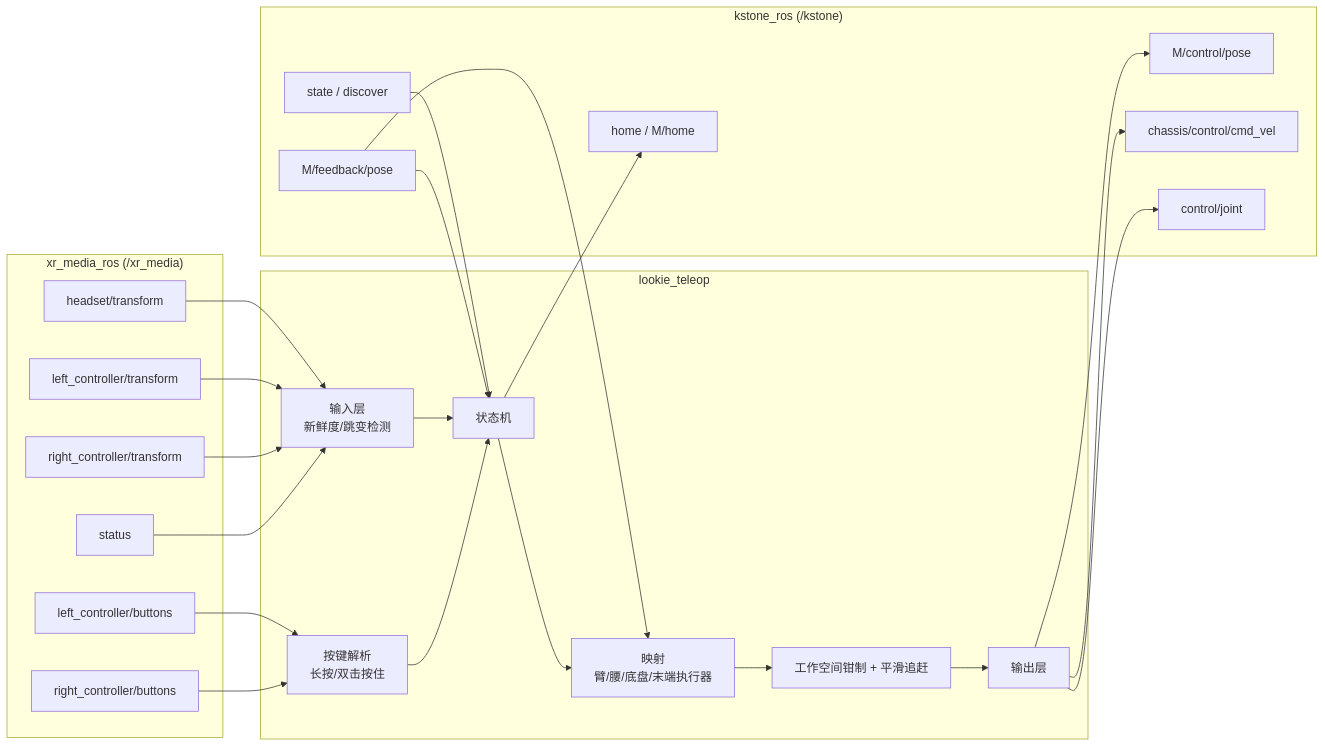
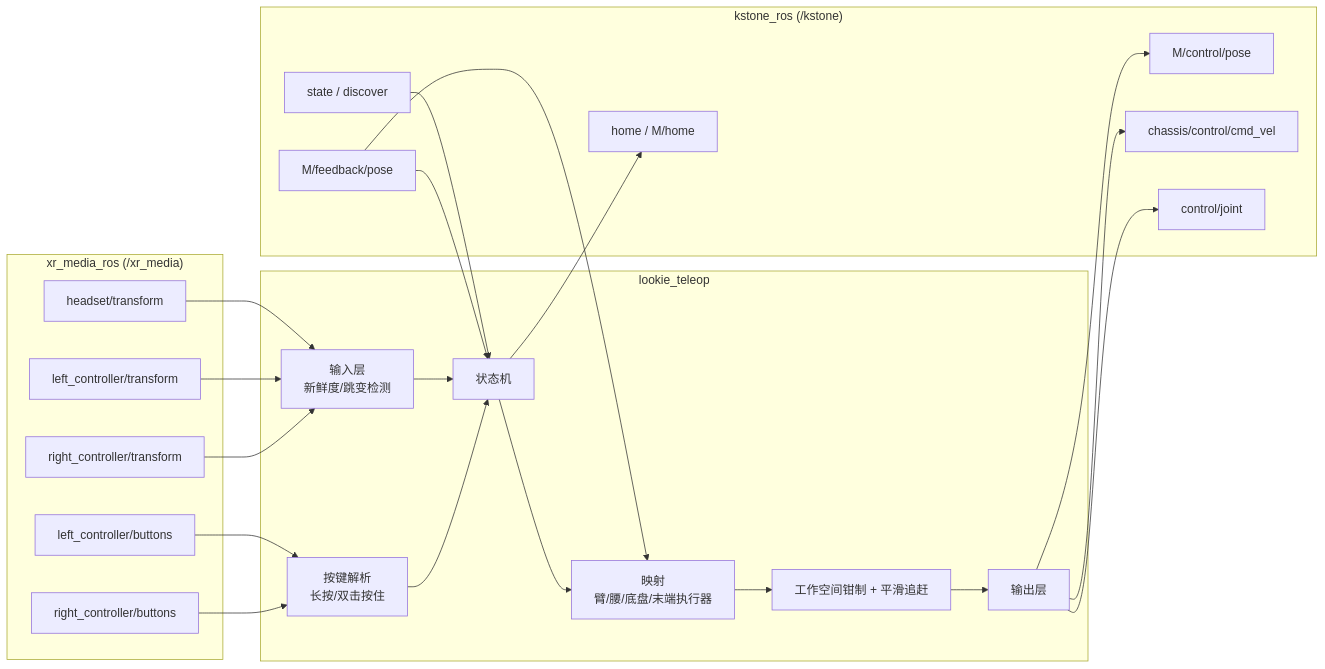
Before and after one commit to AgilexOpensource/lookie_ros: the first of 6 diagrams in lookie_teleop/docs/vr_teleop_dev_design.zh-CN.md, drawn with Mermaid. The commit also changed other lines of this file and 23 other files, not shown here.

````diff
--- a/lookie_teleop/docs/vr_teleop_dev_design.zh-CN.md
+++ b/lookie_teleop/docs/vr_teleop_dev_design.zh-CN.md
@@ -31,36 +31,35 @@
 ```mermaid
 flowchart LR
     subgraph XR["xr_media_ros (/xr_media)"]
         HT["headset/transform"]
         LT["left_controller/transform"]
         RT["right_controller/transform"]
         LB["left_controller/buttons"]
         RB["right_controller/buttons"]
-        ST["status"]
     end
     subgraph TP["lookie_teleop"]
         IN["输入层<br/>新鲜度/跳变检测"]
         BTN["按键解析<br/>长按/双击按住"]
         SM["状态机"]
         MAP["映射<br/>臂/腰/底盘/末端执行器"]
         CLP["工作空间钳制 + 平滑追赶"]
         OUT["输出层"]
     end
     subgraph KS["kstone_ros (/kstone)"]
         KST["state / discover"]
         KP["M/control/pose"]
         KV["chassis/control/cmd_vel"]
         KJ["control/joint"]
         KH["home / M/home"]
         KF["M/feedback/pose"]
     end
-    HT & LT & RT & ST --> IN
+    HT & LT & RT --> IN
     LB & RB --> BTN
     IN --> SM
     BTN --> SM
     SM --> MAP --> CLP --> OUT
     KST & KF --> SM
     KF --> MAP
     OUT --> KP & KV & KJ
     SM --> KH
 ```
````
